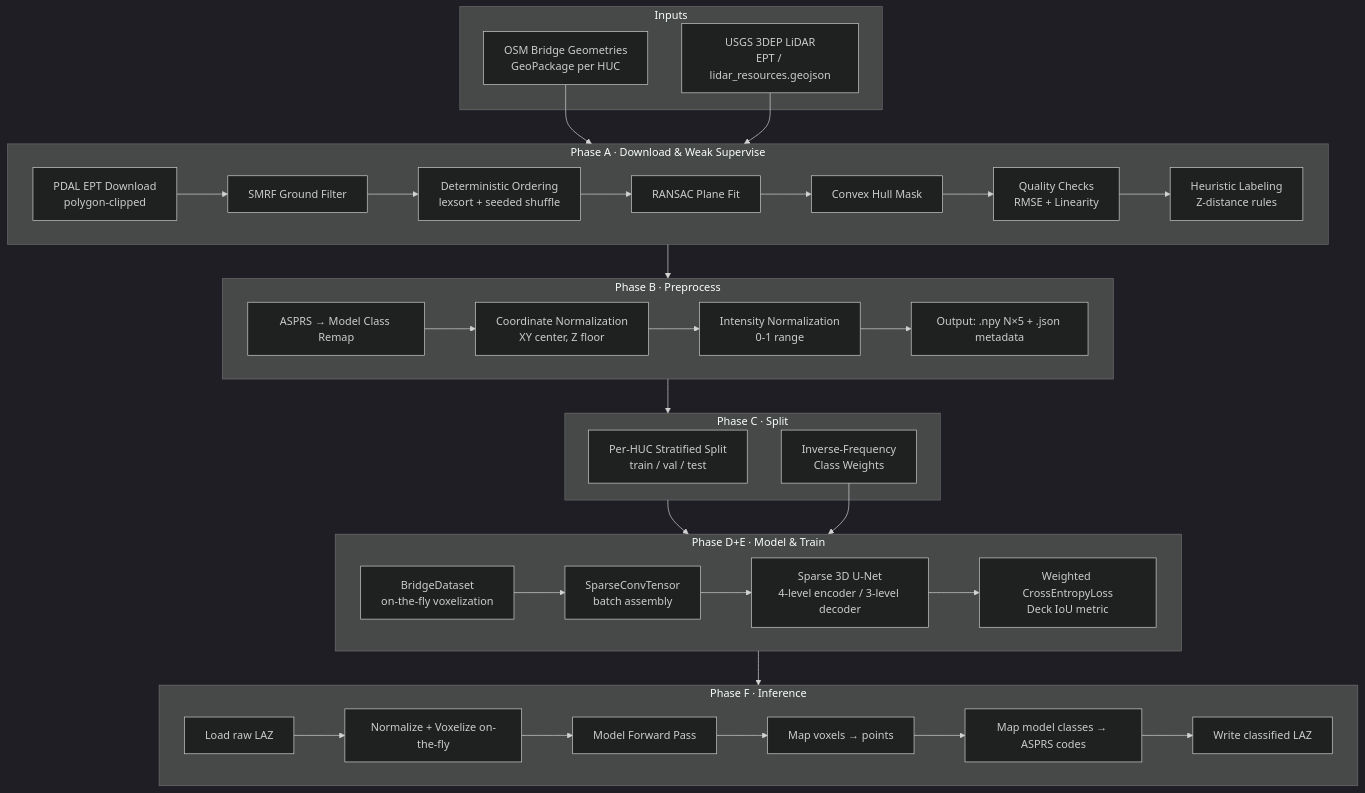
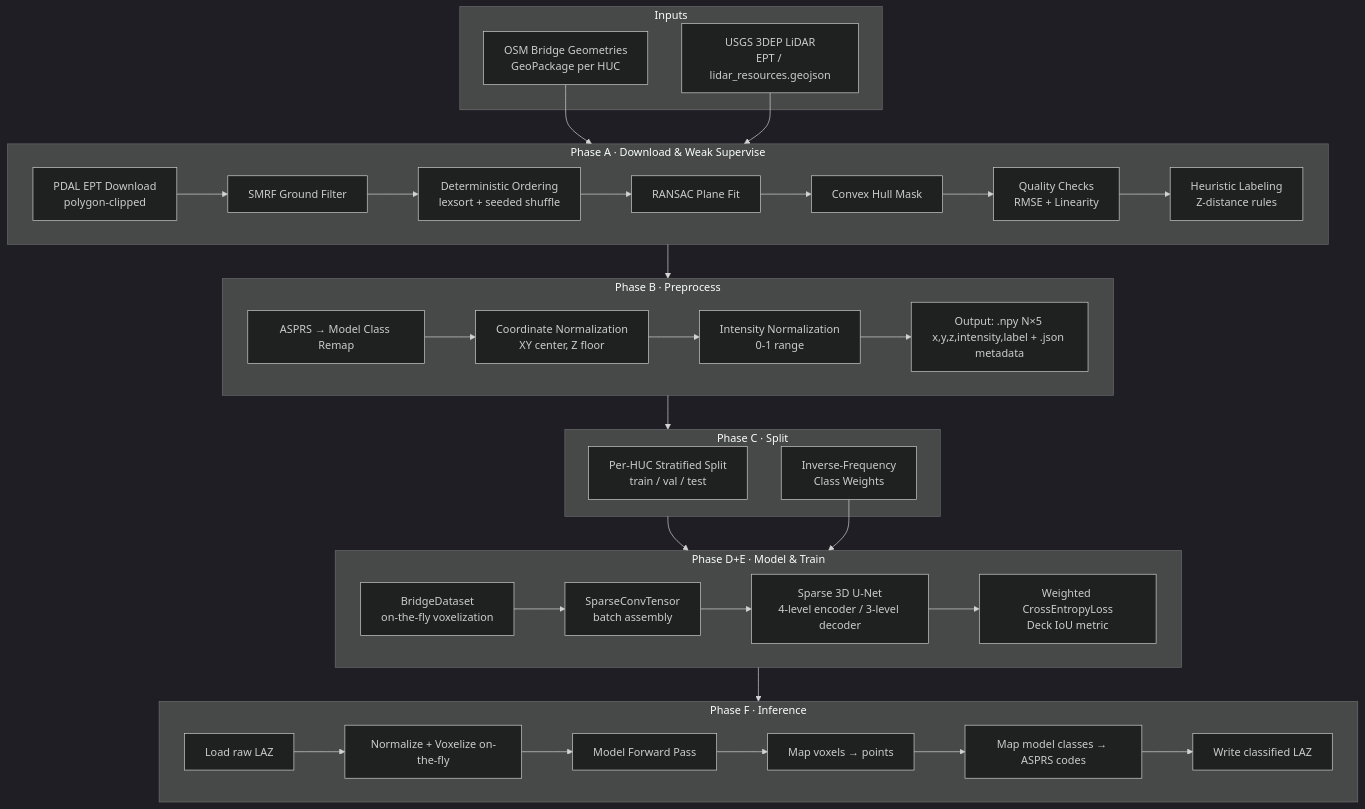
One commit to NGWPC/bridge-classification changed the diagram in docs/architecture.md. Above: the diagram before and after it, drawn with Mermaid (dark theme). The commit also changed other lines of this file and 10 other files, not shown here.

````diff
--- a/docs/architecture.md
+++ b/docs/architecture.md
@@ -15,55 +15,55 @@
 ```mermaid
 flowchart TD
   subgraph Inputs
     OSM[OSM Bridge Geometries<br/>GeoPackage per HUC]
     EPT[USGS 3DEP LiDAR<br/>EPT / lidar_resources.geojson]
   end
 
   subgraph PhaseA[Phase A · Download & Weak Supervise]
     A1[PDAL EPT Download<br/>polygon-clipped]
     A2[SMRF Ground Filter]
     A3[Deterministic Ordering<br/>lexsort + seeded shuffle]
     A4[RANSAC Plane Fit]
     A5[Convex Hull Mask]
     A6[Quality Checks<br/>RMSE + Linearity]
     A7[Heuristic Labeling<br/>Z-distance rules]
     A1 --> A2 --> A3 --> A4 --> A5 --> A6 --> A7
   end
 
   subgraph PhaseB[Phase B · Preprocess]
     B1[ASPRS → Model Class Remap]
     B2[Coordinate Normalization<br/>XY center, Z floor]
     B3[Intensity Normalization<br/>0-1 range]
-    B4[Output: .npy N×5 + .json metadata]
+    B4[Output: .npy N×5 x,y,z,intensity,label + .json metadata]
     B1 --> B2 --> B3 --> B4
   end
 
   subgraph PhaseC[Phase C · Split]
     C1[Per-HUC Stratified Split<br/>train / val / test]
     C2[Inverse-Frequency<br/>Class Weights]
   end
 
   subgraph PhaseDE[Phase D+E · Model & Train]
     D1[BridgeDataset<br/>on-the-fly voxelization]
     D2[SparseConvTensor<br/>batch assembly]
     D3[Sparse 3D U-Net<br/>4-level encoder / 3-level decoder]
     D4[Weighted CrossEntropyLoss<br/>Deck IoU metric]
     D1 --> D2 --> D3 --> D4
   end
 
   subgraph PhaseF[Phase F · Inference]
     F1[Load raw LAZ]
     F2[Normalize + Voxelize on-the-fly]
     F3[Model Forward Pass]
     F4[Map voxels → points]
     F5[Map model classes → ASPRS codes]
     F6[Write classified LAZ]
     F1 --> F2 --> F3 --> F4 --> F5 --> F6
   end
 
   OSM --> PhaseA
   EPT --> PhaseA
   PhaseA --> PhaseB --> PhaseC --> PhaseDE
   C2 --> PhaseDE
   PhaseDE --> PhaseF
 ```
````
